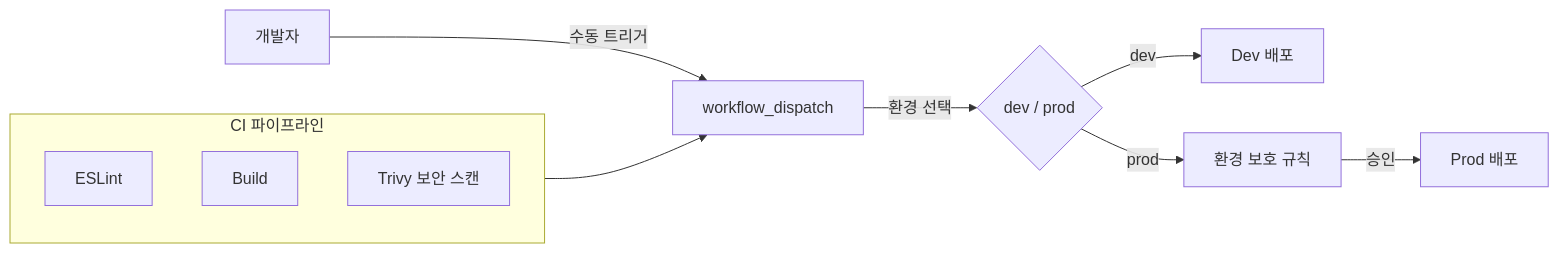
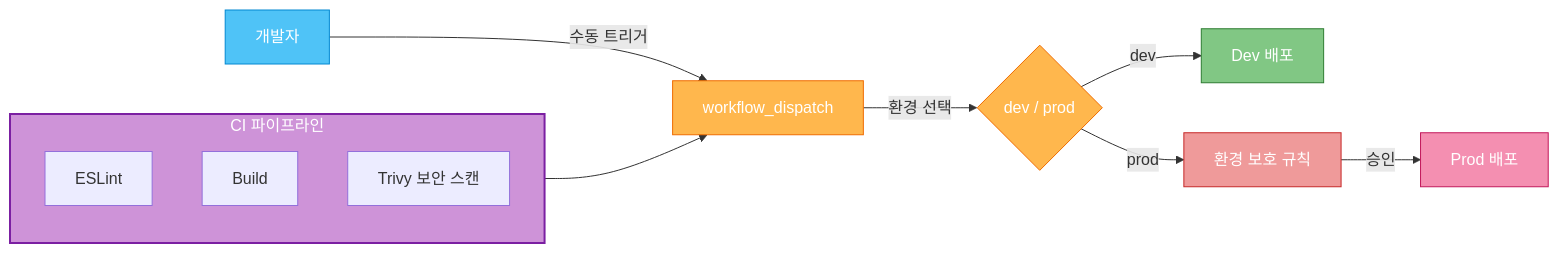
The fourth of 4 diagrams in docs/architecture/SECURITY.md (uniyous/parkgolf-platform), drawn with Mermaid before and after one commit. The commit also changed other lines of this file and 5 other files, not shown here.

First line of the commit message:
docs: 다이어그램 체계 정비 및 문서 개선

````diff
--- a/docs/architecture/SECURITY.md
+++ b/docs/architecture/SECURITY.md
@@ -503,16 +505,24 @@
 ```mermaid
-flowchart LR
+graph LR
     DEV["개발자"] -->|수동 트리거| WD["workflow_dispatch"]
     WD -->|환경 선택| ENV{"dev / prod"}
     ENV -->|dev| DEV_DEPLOY["Dev 배포"]
     ENV -->|prod| PROD_GATE["환경 보호 규칙"]
     PROD_GATE -->|승인| PROD_DEPLOY["Prod 배포"]
 
     subgraph CI["CI 파이프라인"]
         LINT["ESLint"]
         BUILD["Build"]
         SCAN["Trivy 보안 스캔"]
     end
 
     CI --> WD
+
+    style DEV fill:#4fc3f7,stroke:#0288d1,color:#fff
+    style WD fill:#ffb74d,stroke:#ef6c00,color:#fff
+    style ENV fill:#ffb74d,stroke:#ef6c00,color:#fff
+    style DEV_DEPLOY fill:#81c784,stroke:#2e7d32,color:#fff
+    style PROD_GATE fill:#ef9a9a,stroke:#c62828,color:#fff
+    style PROD_DEPLOY fill:#f48fb1,stroke:#c2185b,color:#fff
+    style CI fill:#ce93d8,stroke:#7b1fa2,stroke-width:2px,color:#fff
 ```
````
